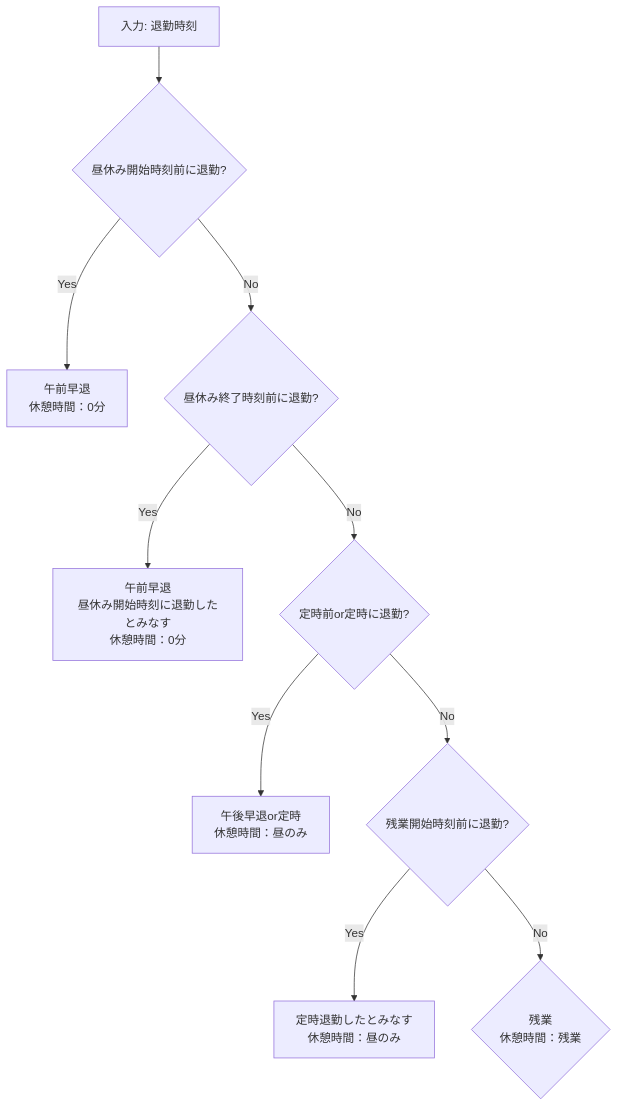
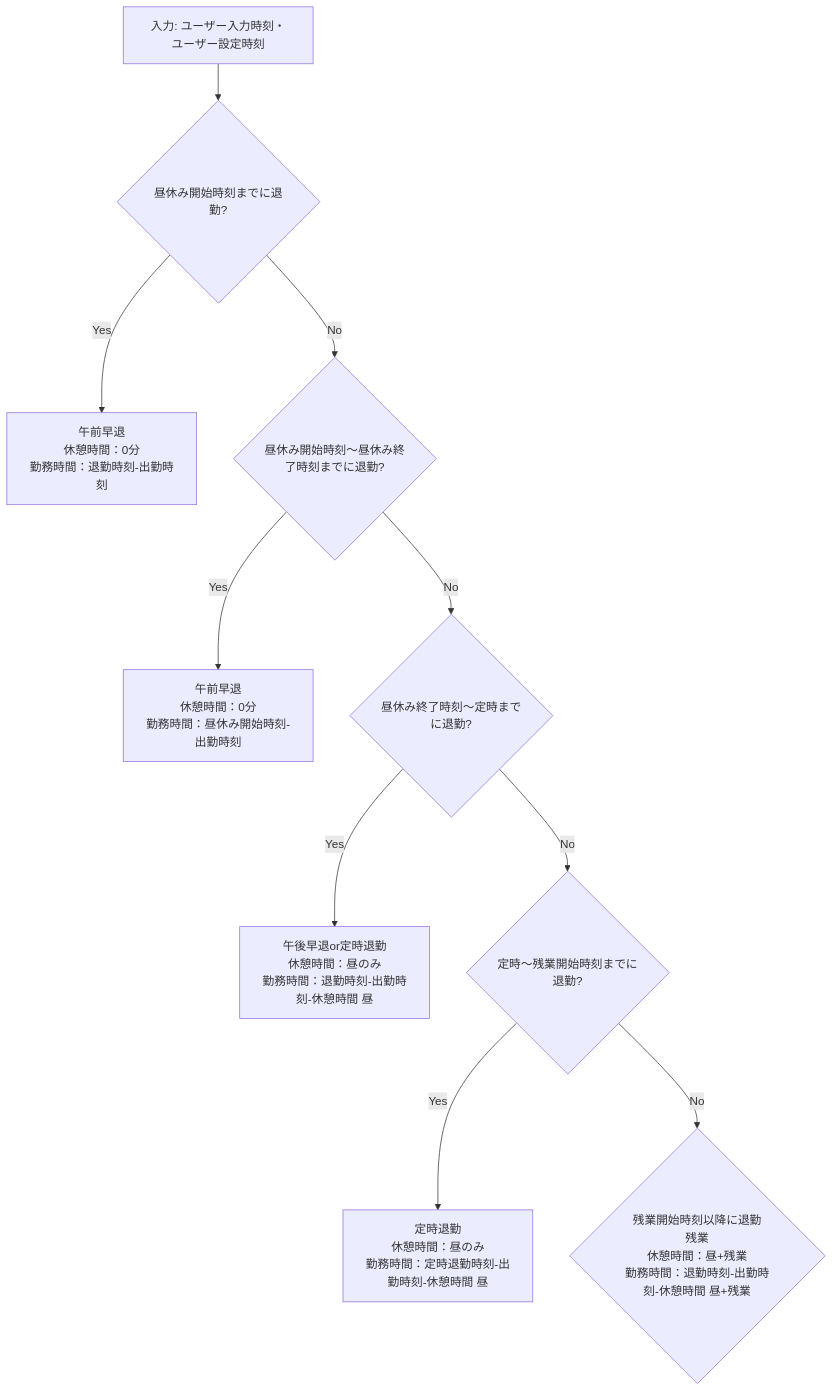
The first of 3 diagrams in README.md (tkura37/WorkingHoursCalculator), drawn with Mermaid before and after one commit. The commit also changed other lines of this file, not shown here.

````diff
--- a/README.md
+++ b/README.md
@@ -45,12 +47,12 @@
 ```mermaid
 flowchart TD
-   A[入力: 退勤時刻] --> B{昼休み開始時刻前に退勤?}
-   B --> |Yes|C[午前早退<br>休憩時間：0分]
-   B --> |No|D{昼休み終了時刻前に退勤?}   
-   D --> |Yes|E[午前早退<br>昼休み開始時刻に退勤したとみなす<br>休憩時間：0分]
-   D --> |No|F{定時前or定時に退勤?}
-   F --> |Yes|G[午後早退or定時<br>休憩時間：昼のみ]
-   F --> |No|H{残業開始時刻前に退勤?}
-   H --> |Yes|I[定時退勤したとみなす<br>休憩時間：昼のみ]
-   H --> |No|J{残業<br>休憩時間：残業}
+   A[入力: ユーザー入力時刻・ユーザー設定時刻] --> B{昼休み開始時刻までに退勤?}
+   B --> |Yes|C[午前早退<br>休憩時間：0分<br>勤務時間：退勤時刻-出勤時刻]
+   B --> |No|D{昼休み開始時刻～昼休み終了時刻までに退勤?}   
+   D --> |Yes|E[午前早退<br>休憩時間：0分<br>勤務時間：昼休み開始時刻-出勤時刻]
+   D --> |No|F{昼休み終了時刻～定時までに退勤?}
+   F --> |Yes|G[午後早退or定時退勤<br>休憩時間：昼のみ<br>勤務時間：退勤時刻-出勤時刻-休憩時間 昼]
+   F --> |No|H{定時～残業開始時刻までに退勤?}
+   H --> |Yes|I[定時退勤<br>休憩時間：昼のみ<br>勤務時間：定時退勤時刻-出勤時刻-休憩時間 昼]
+   H --> |No|J{残業開始時刻以降に退勤<br>残業<br>休憩時間：昼+残業<br>勤務時間：退勤時刻-出勤時刻-休憩時間 昼+残業}
 ```
````
